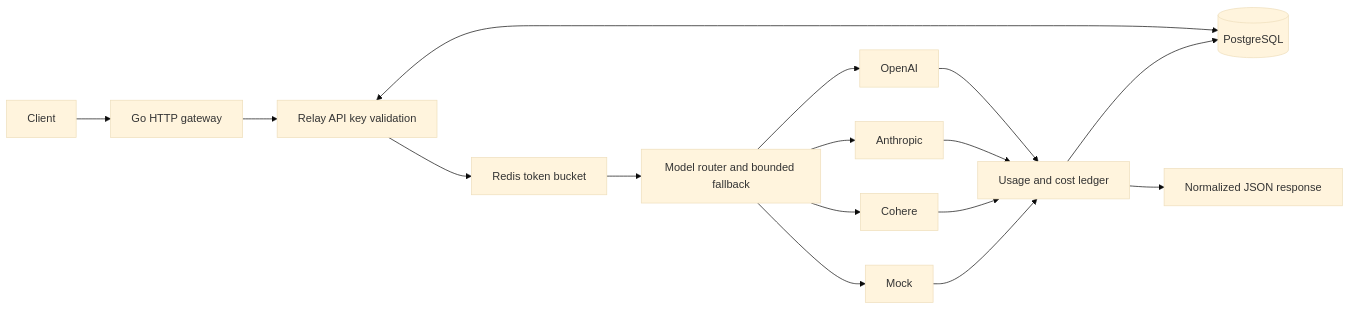
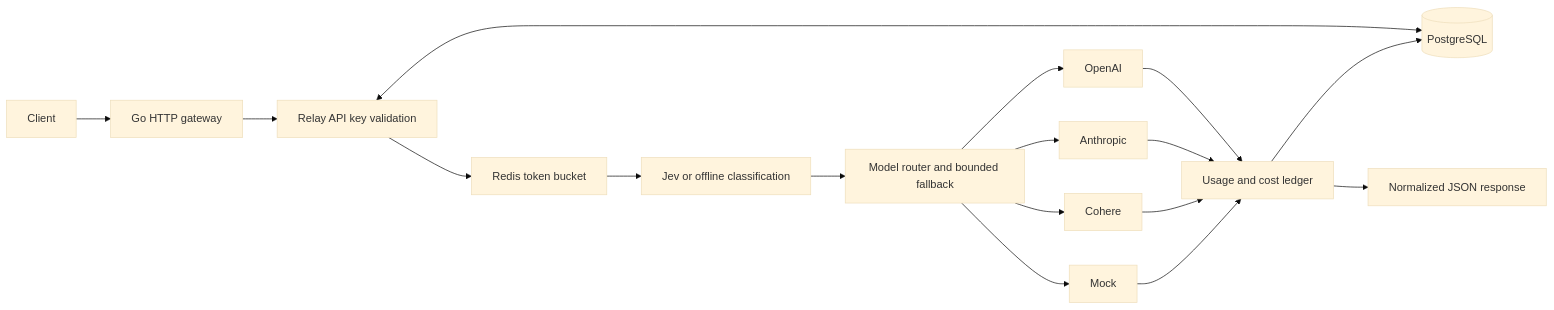
Before and after one commit to KennyMx/Relay: the diagram in README.md, drawn with Mermaid (base theme). The commit also changed other lines of this file and 15 other files, not shown here.

Commit message:
Publish reproducible Jev evaluation, README charts, and operating guides

````diff
--- a/README.md
+++ b/README.md
@@ -9,15 +68,16 @@
 ```mermaid
 flowchart LR
     C[Client] --> G[Go HTTP gateway]
     G --> K[Relay API key validation]
     K <--> P[(PostgreSQL)]
     K --> B[Redis token bucket]
-    B --> R[Model router and bounded fallback]
+    B --> J[Jev or offline classification]
+    J --> R[Model router and bounded fallback]
     R --> O[OpenAI]
     R --> A[Anthropic]
     R --> H[Cohere]
     R --> M[Mock]
     O & A & H & M --> L[Usage and cost ledger]
     L --> P
     L --> N[Normalized JSON response]
 ```
````
